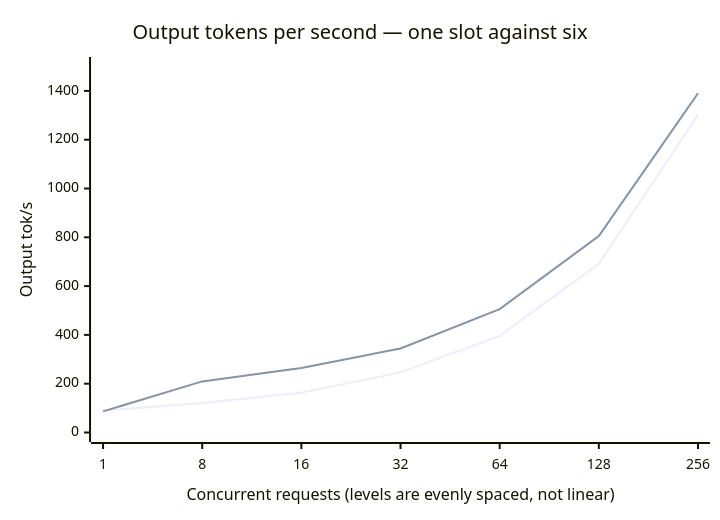
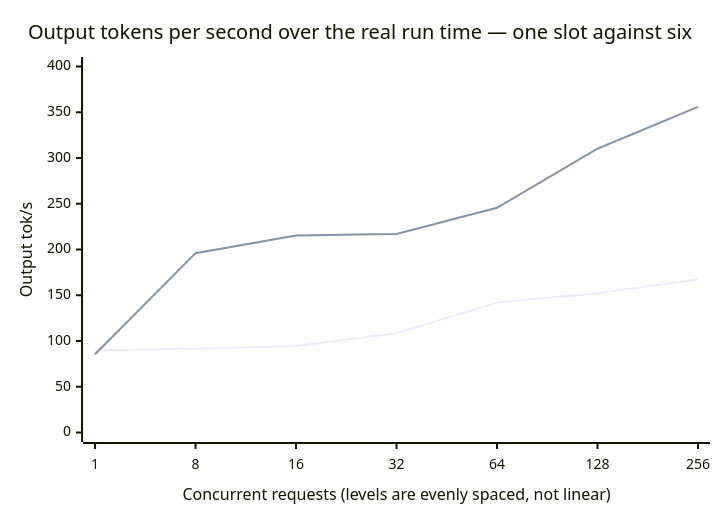
One commit to flash-ultra/ai-server-setup changed the first of 2 diagrams in cloudscale-gpu2-256-40-2-1600/qwen3-8-flash-next/llama-cpp/scenarios/concurrent-load.md. Above: the diagram before and after it, drawn with Mermaid. The commit also changed other lines of this file and 42 other files, not shown here.

````diff
--- a/cloudscale-gpu2-256-40-2-1600/qwen3-8-flash-next/llama-cpp/scenarios/concurrent-load.md
+++ b/cloudscale-gpu2-256-40-2-1600/qwen3-8-flash-next/llama-cpp/scenarios/concurrent-load.md
@@ -130,8 +130,8 @@
 ```mermaid
 xychart-beta
-    title "Output tokens per second — one slot against six"
+    title "Output tokens per second over the real run time — one slot against six"
     x-axis "Concurrent requests (levels are evenly spaced, not linear)" [1, 8, 16, 32, 64, 128, 256]
-    y-axis "Output tok/s" 0 --> 1500
-    line "A · 1 slot · Q5" [89.7, 121.0, 163.2, 246.6, 396.0, 691.5, 1301.8]
-    line "B · 6 slots · Q6" [86.5, 209.4, 264.4, 344.3, 505.9, 805.2, 1390.3]
+    y-axis "Output tok/s" 0 --> 400
+    line "A · 1 slot · Q5" [89.7, 91.5, 94.5, 108.5, 142.0, 152.3, 167.2]
+    line "B · 6 slots · Q6" [85.6, 196.0, 215.3, 217.0, 245.6, 310.1, 355.9]
 ```
````
